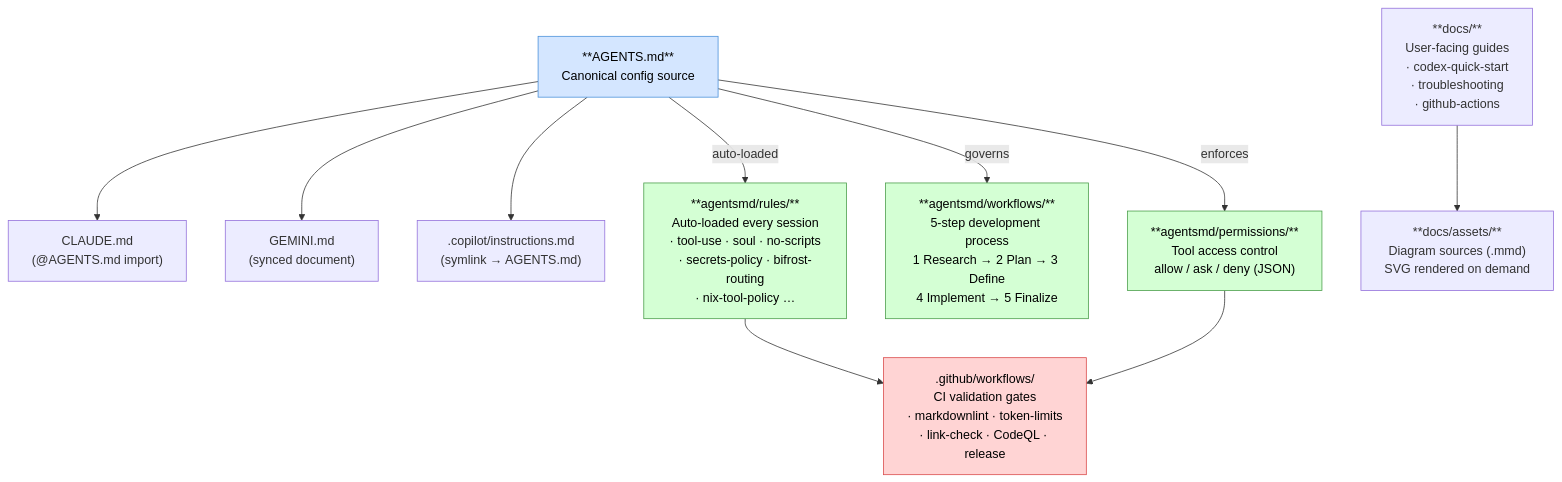
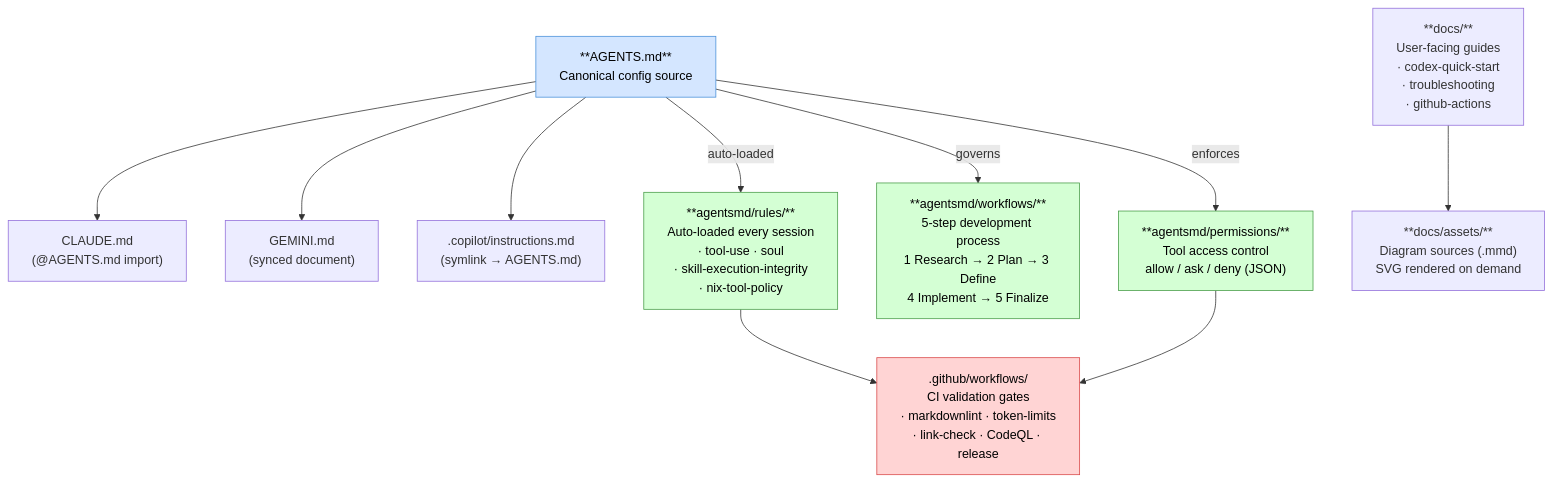
One commit to dryvist/ai-assistant-instructions changed the second of 3 diagrams in docs/diagrams.md. Above: the diagram before and after it, drawn with Mermaid. The commit also changed other lines of this file and 11 other files, not shown here.

````diff
--- a/docs/diagrams.md
+++ b/docs/diagrams.md
@@ -52,32 +52,32 @@
 ```mermaid
 graph TD
     AGENTS["**AGENTS.md**\nCanonical config source"]
     CLAUDE["CLAUDE.md\n(@AGENTS.md import)"]
     GEMINI["GEMINI.md\n(synced document)"]
     COPILOT[".copilot/instructions.md\n(symlink → AGENTS.md)"]
 
-    Rules["**agentsmd/rules/**\nAuto-loaded every session\n· tool-use · soul · no-scripts\n· secrets-policy · bifrost-routing\n· nix-tool-policy …"]
+    Rules["**agentsmd/rules/**\nAuto-loaded every session\n· tool-use · soul\n· skill-execution-integrity\n· nix-tool-policy"]
     Workflows["**agentsmd/workflows/**\n5-step development process\n1 Research → 2 Plan → 3 Define\n4 Implement → 5 Finalize"]
     Permissions["**agentsmd/permissions/**\nTool access control\nallow / ask / deny (JSON)"]
 
     Docs["**docs/**\nUser-facing guides\n· codex-quick-start\n· troubleshooting\n· github-actions"]
     Assets["**docs/assets/**\nDiagram sources (.mmd)\nSVG rendered on demand"]
 
     CI[".github/workflows/\nCI validation gates\n· markdownlint · token-limits\n· link-check · CodeQL · release"]
 
     AGENTS --> CLAUDE
     AGENTS --> GEMINI
     AGENTS --> COPILOT
     AGENTS -->|"auto-loaded"| Rules
     AGENTS -->|"governs"| Workflows
     AGENTS -->|"enforces"| Permissions
     Rules --> CI
     Permissions --> CI
     Docs --> Assets
 
     style AGENTS fill:#d4e6ff,stroke:#4a90d9,color:#000
     style Rules fill:#d4ffd4,stroke:#4a9d4a,color:#000
     style Workflows fill:#d4ffd4,stroke:#4a9d4a,color:#000
     style Permissions fill:#d4ffd4,stroke:#4a9d4a,color:#000
     style CI fill:#ffd4d4,stroke:#d94a4a,color:#000
 ```
````
